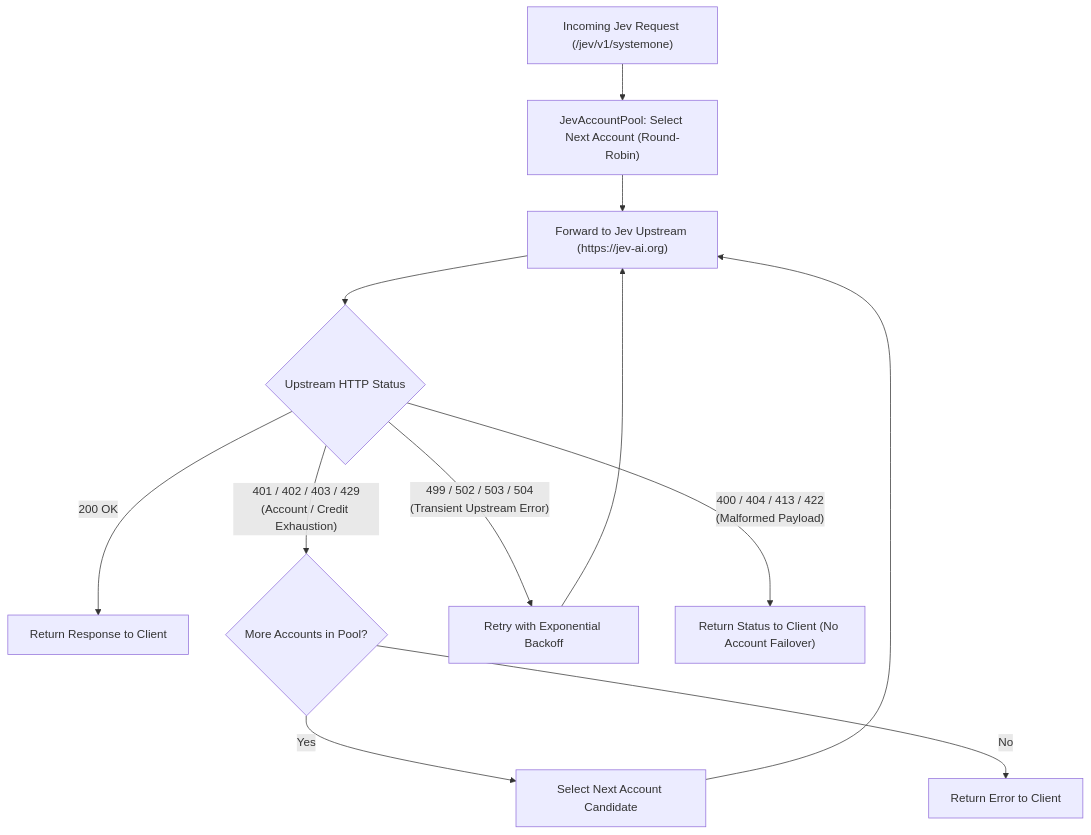
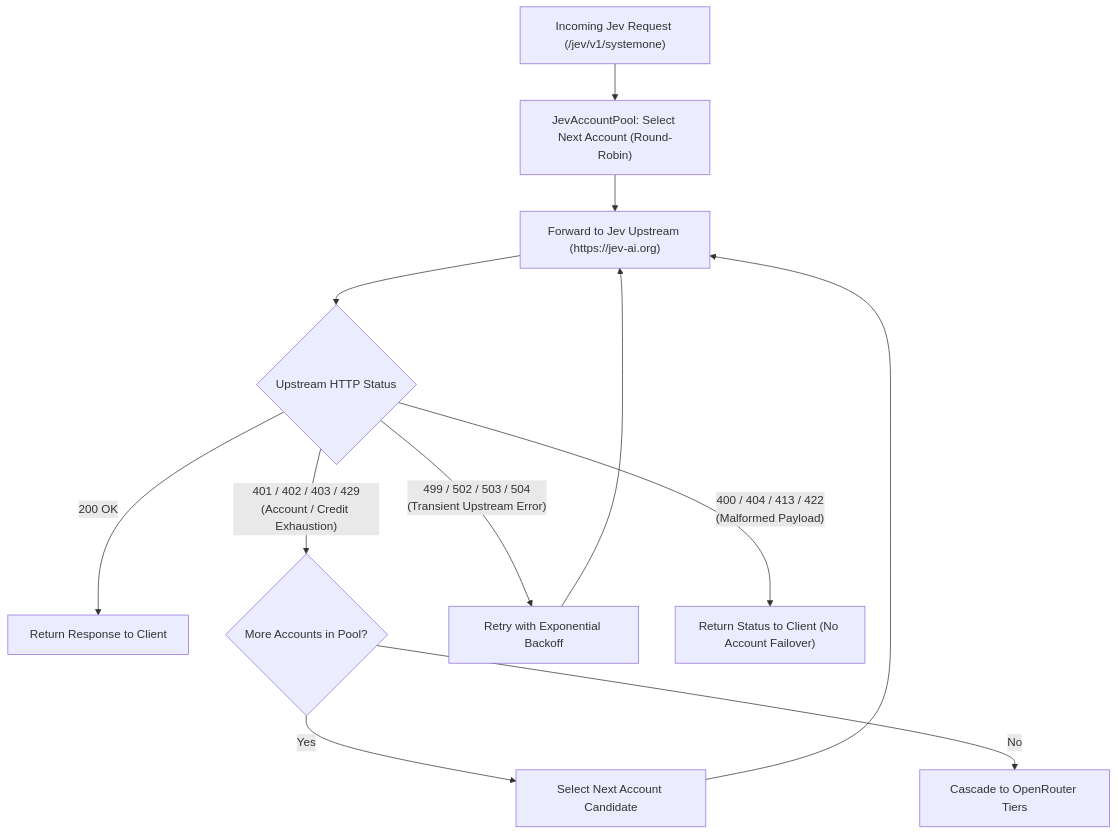
The second of 2 diagrams in docs/JEV_INTEGRATION.md (giauphan/toolcase-gateway), drawn with Mermaid before and after one commit. The commit also changed other lines of this file, not shown here.

````diff
--- a/docs/JEV_INTEGRATION.md
+++ b/docs/JEV_INTEGRATION.md
@@ -217,14 +233,14 @@
 ```mermaid
 flowchart TD
     Req["Incoming Jev Request (/jev/v1/systemone)"] --> Pick["JevAccountPool: Select Next Account (Round-Robin)"]
     Pick --> Send["Forward to Jev Upstream (https://jev-ai.org)"]
     Send --> Eval{"Upstream HTTP Status"}
     
     Eval -->|"200 OK"| Success["Return Response to Client"]
     Eval -->|"401 / 402 / 403 / 429<br>(Account / Credit Exhaustion)"| Failover{"More Accounts in Pool?"}
     Failover -->|"Yes"| NextAcc["Select Next Account Candidate"] --> Send
-    Failover -->|"No"| Err["Return Error to Client"]
+    Failover -->|"No"| Cascade["Cascade to OpenRouter Tiers"]
     
     Eval -->|"499 / 502 / 503 / 504<br>(Transient Upstream Error)"| Retry["Retry with Exponential Backoff"] --> Send
     Eval -->|"400 / 404 / 413 / 422<br>(Malformed Payload)"| ReturnDirect["Return Status to Client (No Account Failover)"]
 ```
````
